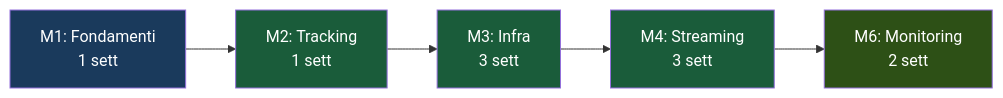
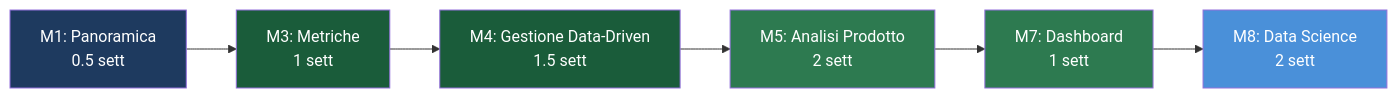
Before and after one commit to AndreyBertasini/gynnitech: the fourth of 5 diagrams in src/content/corso/panoramica/mappe-concettuali.mdx, drawn with Mermaid. The commit also changed other lines of this file and 11 other files, not shown here.

````diff
--- a/src/content/corso/panoramica/mappe-concettuali.mdx
+++ b/src/content/corso/panoramica/mappe-concettuali.mdx
@@ -64,11 +232,14 @@
 ```mermaid
 graph LR
-    A["M1: Fondamenti<br>1 sett"] --> B["M2: Tracking<br>1 sett"]
-    --> C["M3: Infra<br>3 sett"] --> D["M4: Streaming<br>3 sett"]
-    --> E["M6: Monitoring<br>2 sett"]
-    style A fill:#1a3a5c,color:#ffffff
-    style B fill:#1a5c3a,color:#ffffff
-    style C fill:#1a5c3a,color:#ffffff
-    style D fill:#1a5c3a,color:#ffffff
-    style E fill:#2d5016,color:#ffffff
+    A["M1: Panoramica\n0.5 sett"] --> B["M3: Metriche\n1 sett"]
+    B --> C["M4: Gestione Data-Driven\n1.5 sett"]
+    C --> D["M5: Analisi Prodotto\n2 sett"]
+    D --> E["M7: Dashboard\n1 sett"]
+    E --> F["M8: Data Science\n2 sett"]
+    style A fill:#1e3a5f,color:#fff
+    style B fill:#1a5c3a,color:#fff
+    style C fill:#1a5c3a,color:#fff
+    style D fill:#2d7a50,color:#fff
+    style E fill:#2d7a50,color:#fff
+    style F fill:#4a90d9,color:#fff
 ```
````
